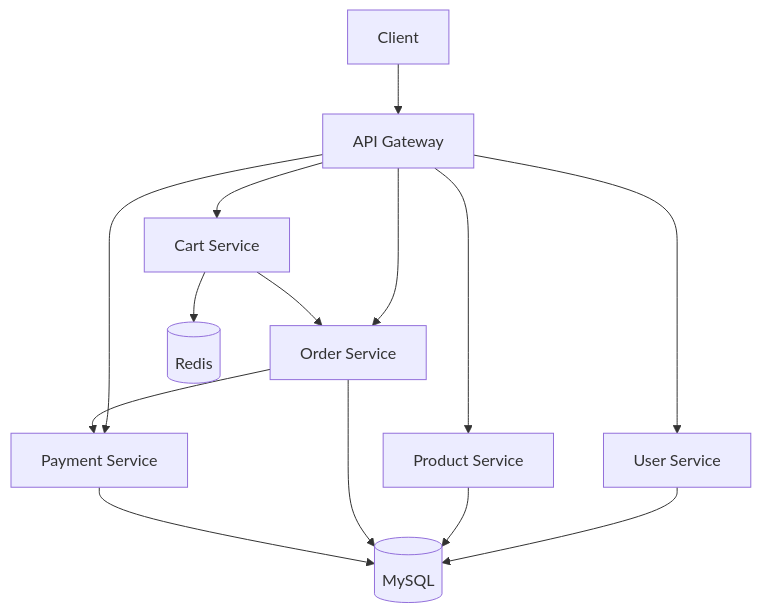
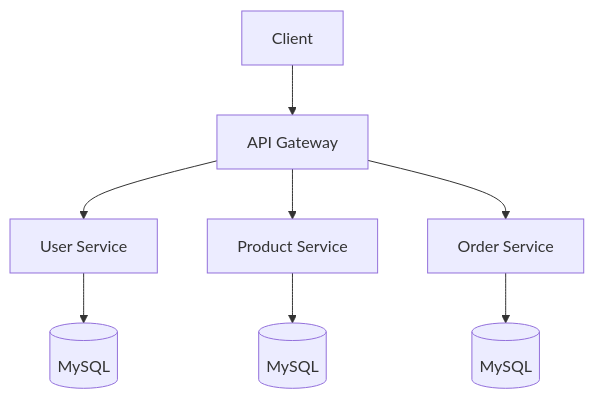
The diagram in README.md (thinhuet2022/Buyzy), drawn with Mermaid before and after one commit.

````diff
--- a/README.md
+++ b/README.md
@@ -31,18 +31,13 @@
 ```mermaid
 graph TD
     Client[Client] --> Gateway[API Gateway]
     Gateway --> User[User Service]
     Gateway --> Product[Product Service]
     Gateway --> Order[Order Service]
-    Gateway --> Payment[Payment Service]
-    Gateway --> Cart[Cart Service]
+
     
-    User --> MySQL[(MySQL)]
-    Product --> MySQL
-    Order --> MySQL
-    Payment --> MySQL
-    Cart --> Redis[(Redis)]
-    
-    Order --> Payment
-    Cart --> Order
+    User --> MySQL1[(MySQL)]
+    Product --> MySQL2[(MySQL)]
+    Order --> MySQL3[(MySQL)]
+
 ```
````
